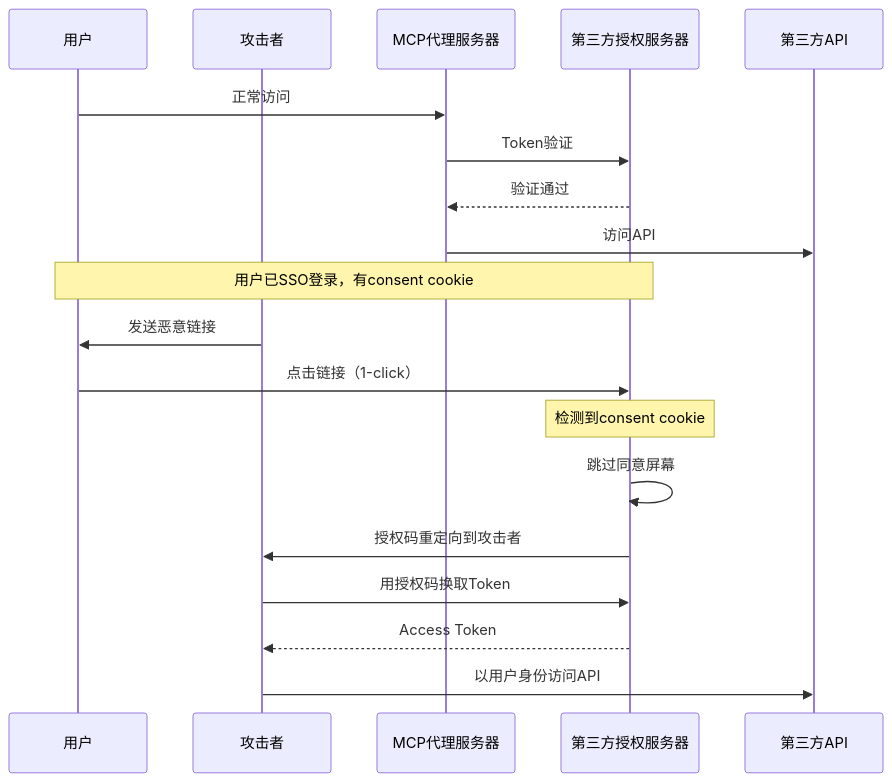
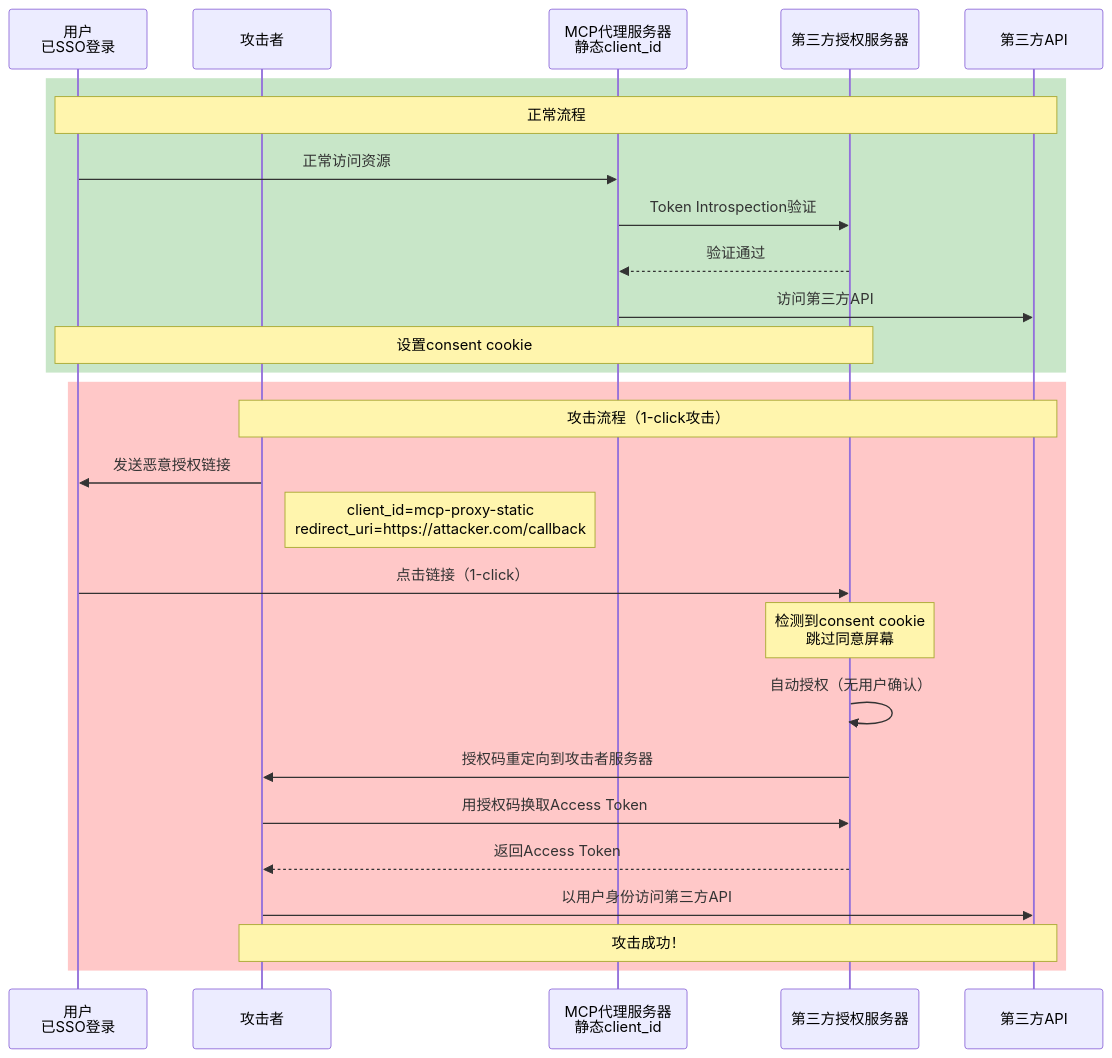
The fourth of 6 diagrams in _posts/2024-01-01-welcome.md (SilenceDiors/silencediors.github.io), drawn with Mermaid before and after one commit. The commit also changed other lines of this file, not shown here.

```diff
--- a/_posts/2024-01-01-welcome.md
+++ b/_posts/2024-01-01-welcome.md
@@ -232,23 +273,31 @@
 <div class="mermaid">
 sequenceDiagram
-    participant User as 用户
+    participant User as 用户<br/>已SSO登录
     participant Attacker as 攻击者
-    participant MCP as MCP代理服务器
+    participant MCP as MCP代理服务器<br/>静态client_id
     participant AS as 第三方授权服务器
     participant API as 第三方API
 
-    User->>MCP: 正常访问
-    MCP->>AS: Token验证
-    AS-->>MCP: 验证通过
-    MCP->>API: 访问API
-    Note over User,AS: 用户已SSO登录，有consent cookie
+    rect rgb(200, 230, 200)
+        Note over User,API: 正常流程
+        User->>MCP: 正常访问资源
+        MCP->>AS: Token Introspection验证
+        AS-->>MCP: 验证通过
+        MCP->>API: 访问第三方API
+        Note over User,AS: 设置consent cookie
+    end
     
-    Attacker->>User: 发送恶意链接
-    User->>AS: 点击链接（1-click）
-    Note over AS: 检测到consent cookie
-    AS->>AS: 跳过同意屏幕
-    AS->>Attacker: 授权码重定向到攻击者
-    Attacker->>AS: 用授权码换取Token
-    AS-->>Attacker: Access Token
-    Attacker->>API: 以用户身份访问API
+    rect rgb(255, 200, 200)
+        Note over Attacker,API: 攻击流程（1-click攻击）
+        Attacker->>User: 发送恶意授权链接
+        Note right of Attacker: client_id=mcp-proxy-static<br/>redirect_uri=https://attacker.com/callback
+        User->>AS: 点击链接（1-click）
+        Note over AS: 检测到consent cookie<br/>跳过同意屏幕
+        AS->>AS: 自动授权（无用户确认）
+        AS->>Attacker: 授权码重定向到攻击者服务器
+        Attacker->>AS: 用授权码换取Access Token
+        AS-->>Attacker: 返回Access Token
+        Attacker->>API: 以用户身份访问第三方API
+        Note over Attacker,API: 攻击成功！
+    end
 </div>
```
